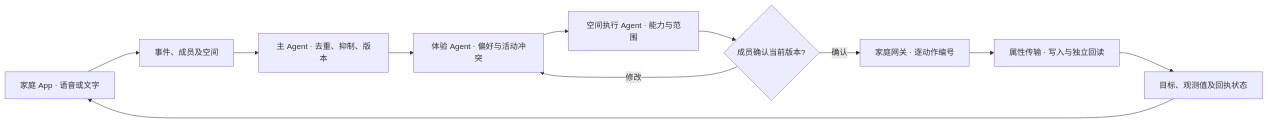
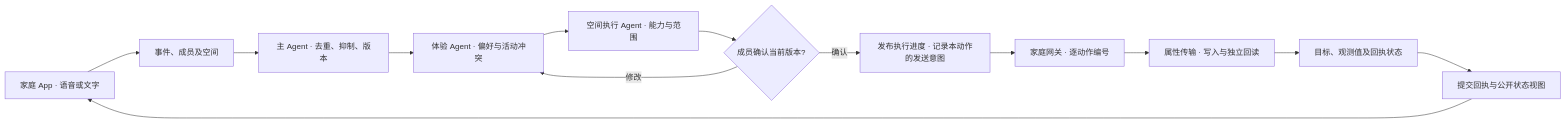
One commit to Hector-sau/Livingmind changed the diagram in docs/family-architecture-review.md. Above: the diagram before and after it, drawn with Mermaid. The commit also changed other lines of this file and 30 other files, not shown here.

````diff
--- a/docs/family-architecture-review.md
+++ b/docs/family-architecture-review.md
@@ -16,13 +16,15 @@
 ```mermaid
 flowchart LR
   UI["家庭 App · 语音或文字"] --> E["事件、成员及空间"]
   E --> M["主 Agent · 去重、抑制、版本"]
   M --> P["体验 Agent · 偏好与活动冲突"]
   P --> S["空间执行 Agent · 能力与范围"]
   S --> C{"成员确认当前版本?"}
   C -->|修改| P
-  C -->|确认| G["家庭网关 · 逐动作编号"]
+  C -->|确认| I["发布执行进度 · 记录本动作的发送意图"]
+  I --> G["家庭网关 · 逐动作编号"]
   G --> T["属性传输 · 写入与独立回读"]
   T --> R["目标、观测值及回执状态"]
-  R --> UI
+  R --> V["提交回执与公开状态视图"]
+  V --> UI
 ```
````
